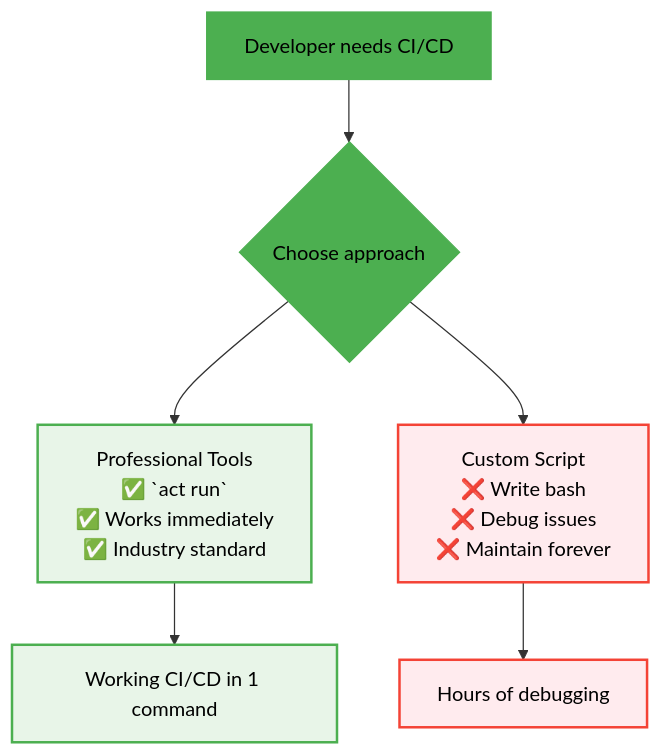
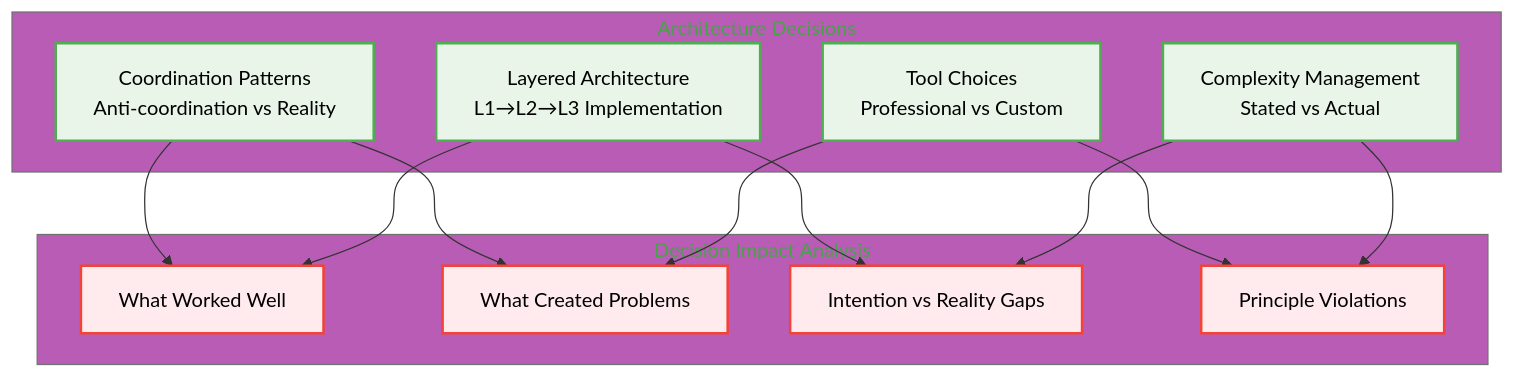
The third of 4 diagrams in .kiro/specs/S03-reflect-learn-improve-sop/design.md (that-in-rust/campfire-on-rust), drawn with Mermaid before and after one commit. The commit also changed other lines of this file and 1 other file, not shown here.

````diff
--- a/.kiro/specs/S03-reflect-learn-improve-sop/design.md
+++ b/.kiro/specs/S03-reflect-learn-improve-sop/design.md
@@ -68,17 +121,32 @@
 ```mermaid
 %%{init: {'theme':'base', 'themeVariables': {'primaryColor':'#4caf50','primaryTextColor':'#000000','primaryBorderColor':'#4caf50','lineColor':'#333333'}}}%%
-flowchart TD
-    A[Developer needs CI/CD] --> B{Choose approach}
+graph TD
+    subgraph "Architecture Decisions"
+        COORD[Coordination Patterns<br/>Anti-coordination vs Reality]
+        LAYERS[Layered Architecture<br/>L1→L2→L3 Implementation]
+        TOOLS[Tool Choices<br/>Professional vs Custom]
+        COMPLEXITY[Complexity Management<br/>Stated vs Actual]
+    end
     
-    B --> C[Professional Tools<br/>✅ `act run`<br/>✅ Works immediately<br/>✅ Industry standard]
-    B --> D[Custom Script<br/>❌ Write bash<br/>❌ Debug issues<br/>❌ Maintain forever]
+    subgraph "Decision Impact Analysis"
+        SUCCESS[What Worked Well]
+        FAILURE[What Created Problems]
+        GAPS[Intention vs Reality Gaps]
+        VIOLATIONS[Principle Violations]
+    end
     
-    C --> E[Working CI/CD in 1 command]
-    D --> F[Hours of debugging]
+    COORD --> SUCCESS
+    COORD --> FAILURE
+    LAYERS --> SUCCESS
+    LAYERS --> GAPS
+    TOOLS --> FAILURE
+    TOOLS --> VIOLATIONS
+    COMPLEXITY --> GAPS
+    COMPLEXITY --> VIOLATIONS
     
-    classDef pro fill:#e8f5e8,stroke:#4caf50,stroke-width:2px,color:#000000
-    classDef custom fill:#ffebee,stroke:#f44336,stroke-width:2px,color:#000000
+    classDef decision fill:#e8f5e8,stroke:#4caf50,stroke-width:2px,color:#000000
+    classDef impact fill:#ffebee,stroke:#f44336,stroke-width:2px,color:#000000
     
-    class C,E pro
-    class D,F custom
+    class COORD,LAYERS,TOOLS,COMPLEXITY decision
+    class SUCCESS,FAILURE,GAPS,VIOLATIONS impact
 ```
````
